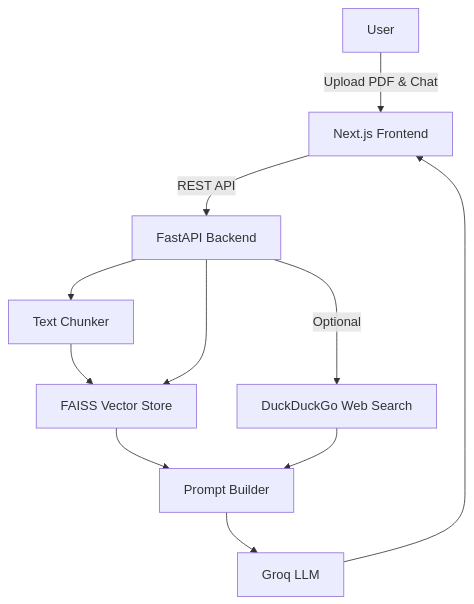
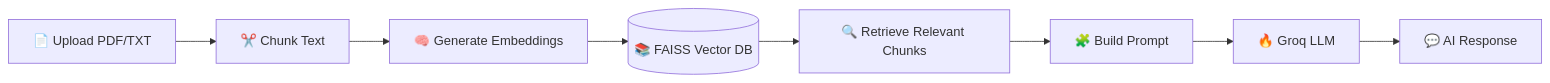
The third of 5 diagrams in README.md (AryanSing833/ML_plateform), drawn with Mermaid before and after one commit. The commit also changed other lines of this file, not shown here.

````diff
--- a/README.md
+++ b/README.md
@@ -25,13 +156,17 @@
 ```mermaid
-graph TD
-    A[User] -->|Upload PDF & Chat| B[Next.js Frontend]
-    B -->|REST API| C[FastAPI Backend]
-    C --> D[Text Chunker]
-    D --> E[FAISS Vector Store]
-    C --> E
-    E --> F[Prompt Builder]
-    C -->|Optional| G[DuckDuckGo Web Search]
-    G --> F
-    F --> H[Groq LLM]
-    H --> B
+flowchart LR
+
+A[📄 Upload PDF/TXT] --> B[✂️ Chunk Text]
+
+B --> C[🧠 Generate Embeddings]
+
+C --> D[(📚 FAISS Vector DB)]
+
+D --> E[🔍 Retrieve Relevant Chunks]
+
+E --> F[🧩 Build Prompt]
+
+F --> G[🔥 Groq LLM]
+
+G --> H[💬 AI Response]
 ```
````
